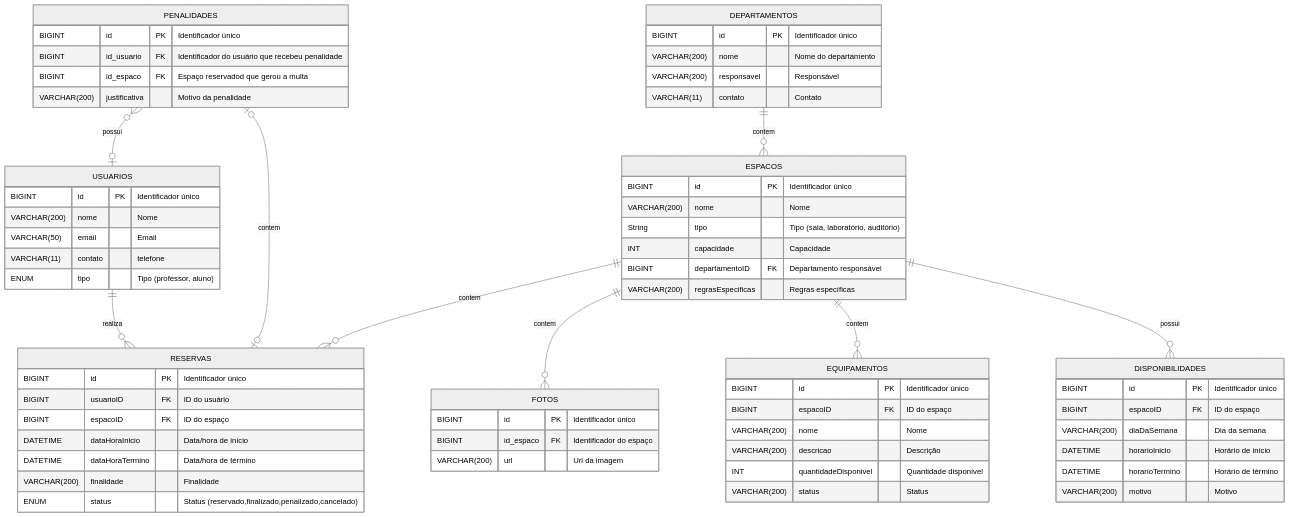
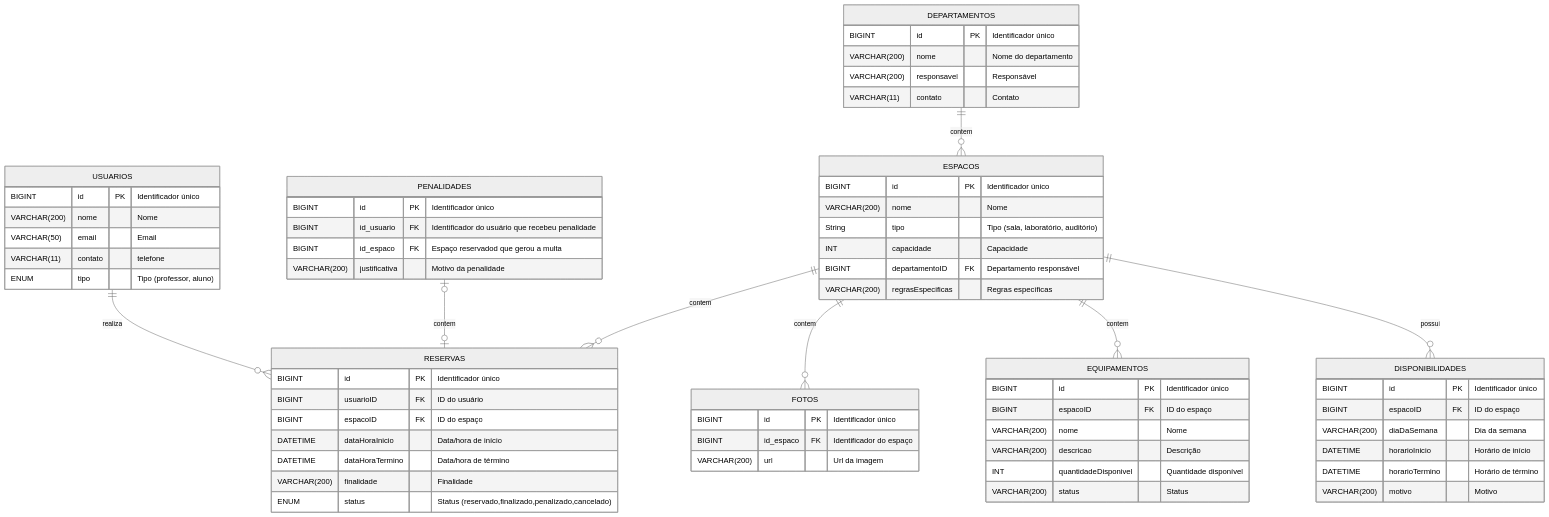
Before and after one commit to AdnRamos/Sistema_de_Reservas_de_Espacos_em_Universidade: the diagram in README.md, drawn with Mermaid (neutral theme).

````diff
--- a/README.md
+++ b/README.md
@@ -8,69 +8,68 @@
 ```mermaid
 erDiagram
     DEPARTAMENTOS ||--o{ ESPACOS : contem
     USUARIOS ||--o{ RESERVAS : realiza
     PENALIDADES |o--o| RESERVAS : contem
-    PENALIDADES }o--o|  USUARIOS : possui
     ESPACOS ||--o{ RESERVAS : contem
     ESPACOS ||--o{ FOTOS : contem
     ESPACOS ||--o{ EQUIPAMENTOS : contem
     ESPACOS ||--o{ DISPONIBILIDADES : possui
     DEPARTAMENTOS {
         BIGINT id PK "Identificador único"
         VARCHAR(200) nome "Nome do departamento"
         VARCHAR(200) responsavel "Responsável"
         VARCHAR(11) contato "Contato"
     }
       PENALIDADES {
         BIGINT id PK "Identificador único"
         BIGINT id_usuario FK "Identificador do usuário que recebeu penalidade"
         BIGINT id_espaco FK "Espaço reservadod que gerou a multa"
         VARCHAR(200) justificativa "Motivo da penalidade"
       }
     ESPACOS {
         BIGINT id PK "Identificador único"
         VARCHAR(200) nome "Nome"
         String tipo "Tipo (sala, laboratório, auditório)"
         INT capacidade "Capacidade"
         BIGINT departamentoID FK "Departamento responsável"
         VARCHAR(200) regrasEspecificas "Regras específicas"
     }
     FOTOS{
        BIGINT id PK "Identificador único"
        BIGINT id_espaco FK "Identificador do espaço"
        VARCHAR(200) url "Url da imagem"
     }
     USUARIOS {
         BIGINT id PK "Identificador único"
         VARCHAR(200) nome "Nome"
         VARCHAR(50) email "Email"
         VARCHAR(11) contato "telefone"
         ENUM tipo "Tipo (professor, aluno)"
     }
     RESERVAS {
         BIGINT id PK "Identificador único"
         BIGINT usuarioID FK "ID do usuário"
         BIGINT espacoID FK "ID do espaço"
         DATETIME dataHoraInicio "Data/hora de início"
         DATETIME dataHoraTermino "Data/hora de término"
         VARCHAR(200) finalidade "Finalidade"
         ENUM status "Status (reservado,finalizado,penalizado,cancelado)"
     }
     EQUIPAMENTOS {
         BIGINT id PK "Identificador único"
         BIGINT espacoID FK "ID do espaço"
         VARCHAR(200) nome "Nome"
         VARCHAR(200) descricao "Descrição"
         INT quantidadeDisponivel "Quantidade disponível"
         VARCHAR(200) status "Status"
     }
     DISPONIBILIDADES {
         BIGINT id PK "Identificador único"
         BIGINT espacoID FK "ID do espaço"
         VARCHAR(200) diaDaSemana "Dia da semana"
         DATETIME horarioInicio "Horário de início"
         DATETIME horarioTermino "Horário de término"
         VARCHAR(200) motivo "Motivo"
     }
 
 ```
````
